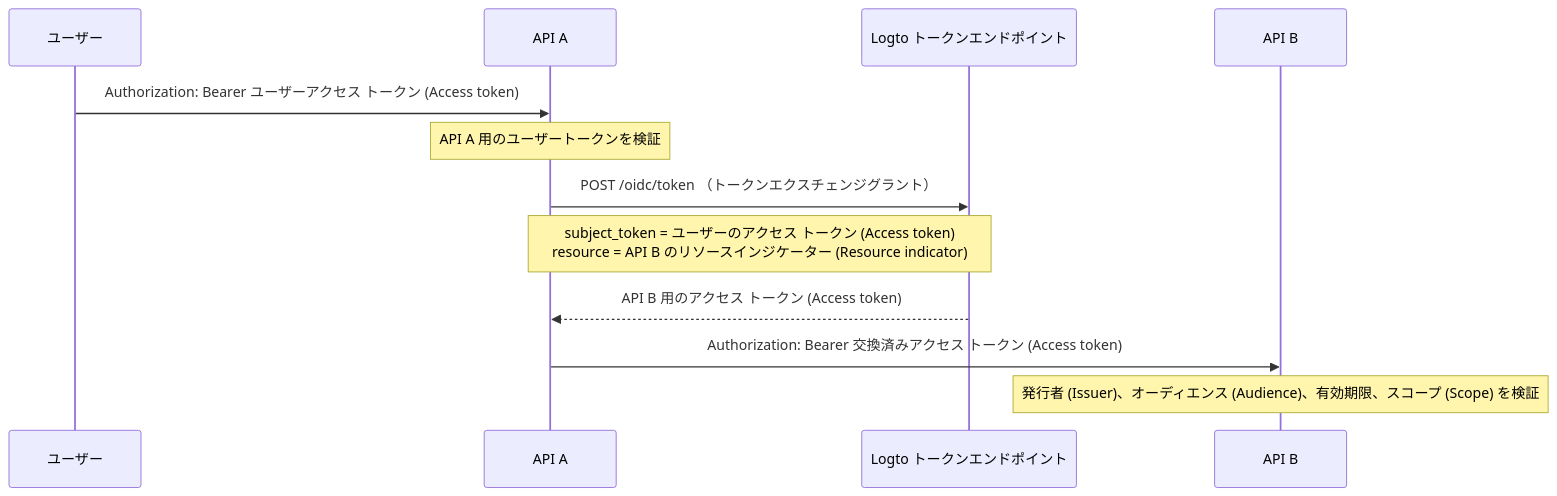
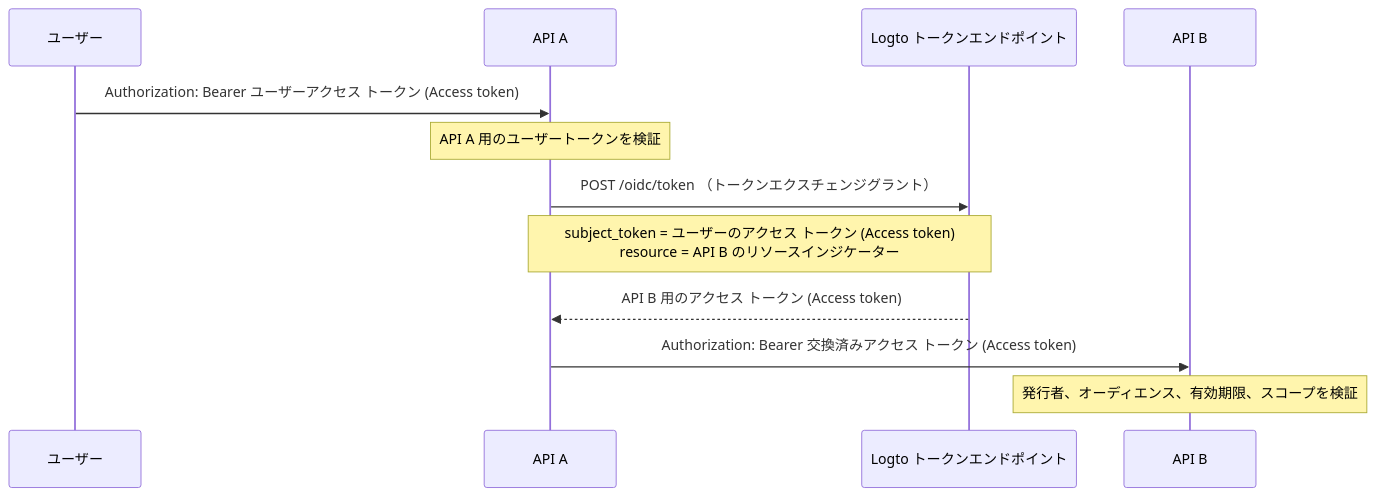
One commit to logto-io/docs changed the diagram in i18n/ja/docusaurus-plugin-content-docs/current/developers/service-to-service-delegation.mdx. Above: the diagram before and after it, drawn with Mermaid. The commit also changed other lines of this file and 161 other files, not shown here.

````diff
--- a/i18n/ja/docusaurus-plugin-content-docs/current/developers/service-to-service-delegation.mdx
+++ b/i18n/ja/docusaurus-plugin-content-docs/current/developers/service-to-service-delegation.mdx
@@ -40,17 +40,17 @@
 ```mermaid
 sequenceDiagram
     participant User as ユーザー
     participant ApiA as API A
     participant Logto as Logto トークンエンドポイント
     participant ApiB as API B
 
     User->>ApiA: Authorization: Bearer ユーザーアクセス トークン (Access token)
     Note over ApiA: API A 用のユーザートークンを検証
 
     ApiA->>Logto: POST /oidc/token （トークンエクスチェンジグラント）
-    Note over ApiA,Logto: subject_token = ユーザーのアクセス トークン (Access token)<br/>resource = API B のリソースインジケーター (Resource indicator)
+    Note over ApiA,Logto: subject_token = ユーザーのアクセス トークン (Access token)<br/>resource = API B のリソースインジケーター
 
     Logto-->>ApiA: API B 用のアクセス トークン (Access token)
     ApiA->>ApiB: Authorization: Bearer 交換済みアクセス トークン (Access token)
-    Note over ApiB: 発行者 (Issuer)、オーディエンス (Audience)、有効期限、スコープ (Scope) を検証
+    Note over ApiB: 発行者、オーディエンス、有効期限、スコープを検証
 ```
````
